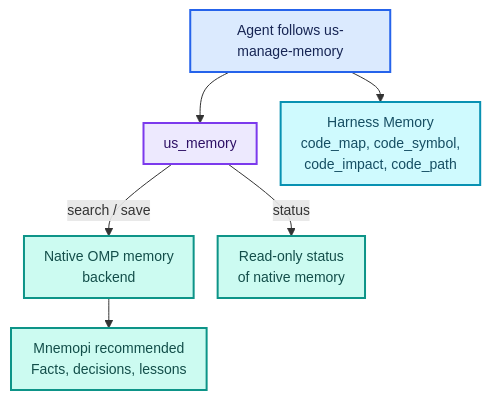
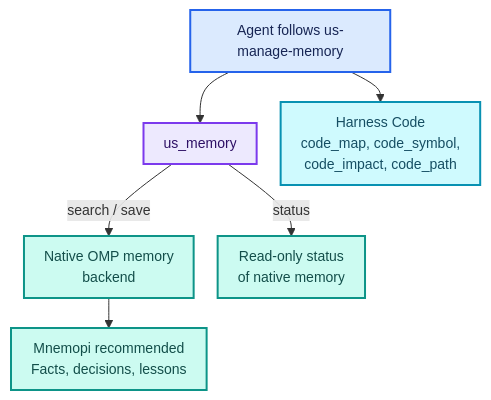
One commit to MSpiechowicz/harness-useful-skills changed the second of 2 diagrams in README.md. Above: the diagram before and after it, drawn with Mermaid. The commit also changed other lines of this file and 48 other files, not shown here.

First line of the commit message:
feat: point the code graph at Harness Code (harness-code)

````diff
--- a/README.md
+++ b/README.md
@@ -540,17 +540,17 @@
 ```mermaid
 flowchart TD
 %%{init: {"flowchart":{"useMaxWidth":true,"nodeSpacing":24,"rankSpacing":30,"padding":10,"wrappingWidth":160},"themeVariables":{"fontSize":"14px"}}}%%
     agent["Agent follows us-manage-memory"] --> tool["us_memory"]
     tool -->|search / save| native["Native OMP memory<br/>backend"]
     native --> facts["Mnemopi recommended<br/>Facts, decisions, lessons"]
     tool -->|status| status["Read-only status<br/>of native memory"]
-    agent --> code["Harness Memory<br/>code_map, code_symbol,<br/>code_impact, code_path"]
+    agent --> code["Harness Code<br/>code_map, code_symbol,<br/>code_impact, code_path"]
     classDef blue fill:#dbeafe,stroke:#2563eb,color:#172554,stroke-width:2px;
     classDef violet fill:#ede9fe,stroke:#7c3aed,color:#2e1065,stroke-width:2px;
     classDef teal fill:#ccfbf1,stroke:#0d9488,color:#134e4a,stroke-width:2px;
     classDef cyan fill:#cffafe,stroke:#0891b2,color:#164e63,stroke-width:2px;
     class agent blue;
     class tool violet;
     class native,facts,status teal;
     class code cyan;
 ```
````
